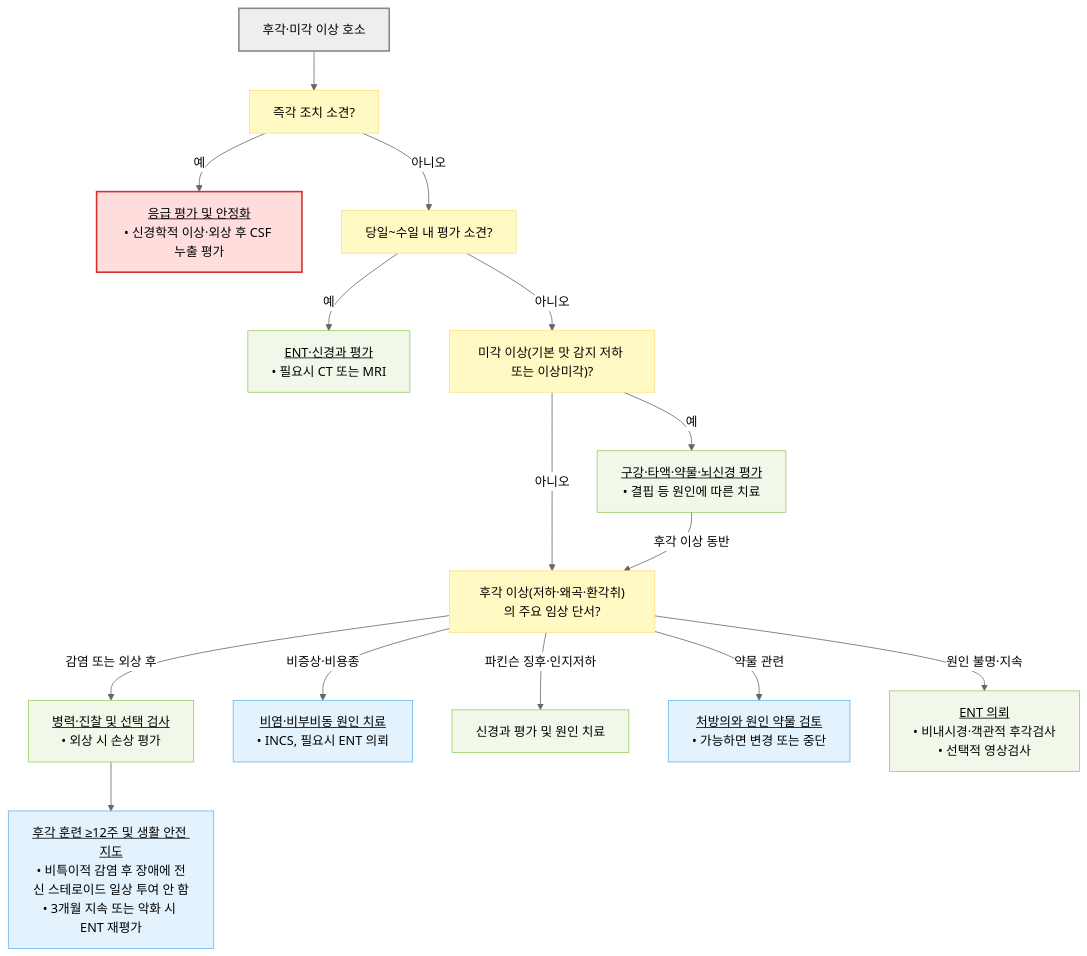
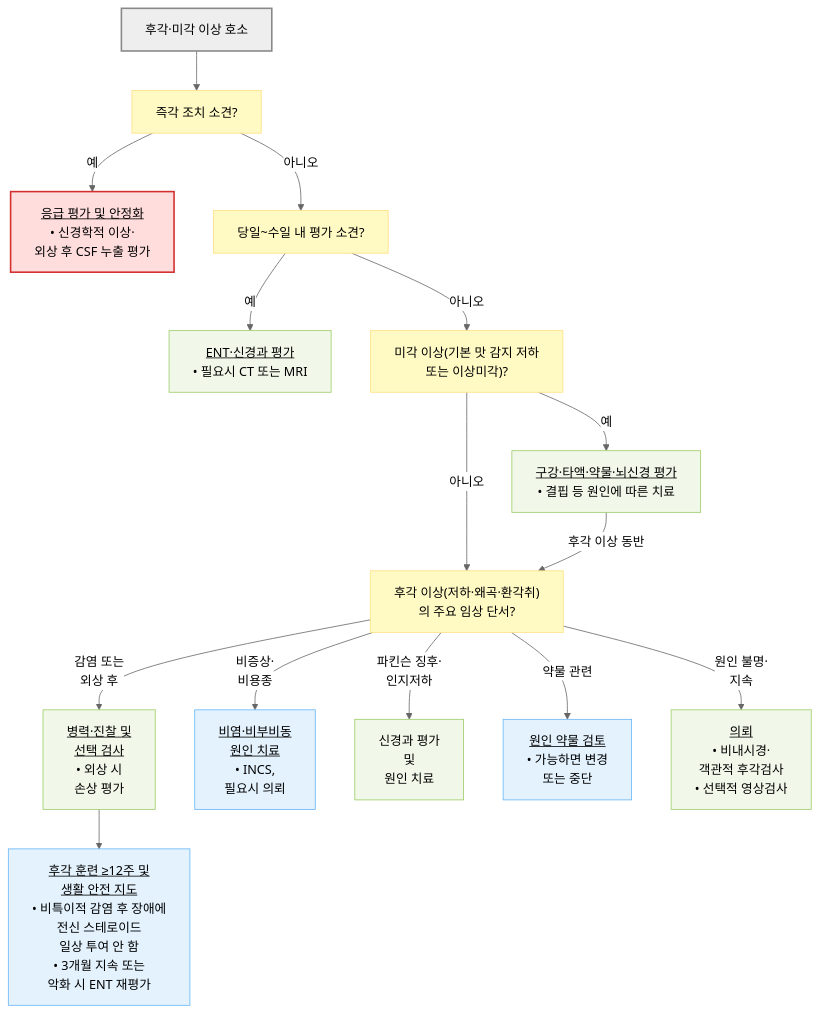
One commit to familyoh77/familyoh77 changed the diagram in 220_/005_-smell-taste-disorders.md. Above: the diagram before and after it, drawn with Mermaid (neutral theme). The commit also changed other lines of this file, not shown here.

````diff
--- a/220_/005_-smell-taste-disorders.md
+++ b/220_/005_-smell-taste-disorders.md
@@ -179,28 +205,27 @@
 ```mermaid
 flowchart TD
     A["후각·미각 이상 호소"] --> D["즉각 조치 소견?"]
-    D -- "예" --> E1["<u>응급 평가 및 안정화</u><br/>• 신경학적 이상·외상 후 CSF 누출 평가"]
+    D -- "예" --> E1["<u>응급 평가 및 안정화</u><br/>• 신경학적 이상·<br/>외상 후 CSF 누출 평가"]
     D -- "아니오" --> D2["당일~수일 내 평가 소견?"]
     D2 -- "예" --> E2["<u>ENT·신경과 평가</u><br/>• 필요시 CT 또는 MRI"]
-    D2 -- "아니오" --> B["미각 이상(기본 맛 감지 저하 또는 이상미각)?"]
+    D2 -- "아니오" --> B["미각 이상(기본 맛 감지 저하 <br/>또는 이상미각)?"]
     B -- "예" --> C["<u>구강·타액·약물·뇌신경 평가</u><br/>• 결핍 등 원인에 따른 치료"]
-    B -- "아니오" --> F["후각 이상(저하·왜곡·환각취)의 주요 임상 단서?"]
+    B -- "아니오" --> F["후각 이상(저하·왜곡·환각취)<br/>의 주요 임상 단서?"]
     C -- "후각 이상 동반" --> F
-    F -- "감염 또는 외상 후" --> K["<u>병력·진찰 및 선택 검사</u><br/>• 외상 시 손상 평가"]
-    F -- "비증상·비용종" --> L["<u>비염·비부비동 원인 치료</u><br/>• INCS, 필요시 ENT 의뢰"]
-    F -- "파킨슨 징후·인지저하" --> M["신경과 평가 및 원인 치료"]
-    F -- "약물 관련" --> P["<u>처방의와 원인 약물 검토</u><br/>• 가능하면 변경 또는 중단"]
-    F -- "원인 불명·지속" --> Q["<u>ENT 의뢰</u><br/>• 비내시경·객관적 후각검사<br/>• 선택적 영상검사"]
-    K --> N["<u>후각 훈련 ≥12주 및 생활 안전 지도</u><br/>• 비특이적 감염 후 장애에 전신 스테로이드 일상 투여 안 함<br/>• 3개월 지속 또는 악화 시 ENT 재평가"]
-
+    F -- "감염 또는 <br/>외상 후" --> K["<u>병력·진찰 및 <br/>선택 검사</u><br/>• 외상 시 <br/>손상 평가"]
+    F -- "비증상·<br/>비용종" --> L["<u>비염·비부비동 <br/>원인 치료</u><br/>• INCS, <br/>필요시 의뢰"]
+    F -- "파킨슨 징후·<br/>인지저하" --> M["신경과 평가 <br/>및 <br/>원인 치료"]
+    F -- "약물 관련" --> P["<u>원인 약물 검토</u><br/>• 가능하면 변경 <br/>또는 중단"]
+    F -- "원인 불명·<br/>지속" --> Q["<u>의뢰</u><br/>• 비내시경·<br/>객관적 후각검사<br/>• 선택적 영상검사"]
+    K --> N["<u>후각 훈련 ≥12주 및 <br/>생활 안전 지도</u><br/>• 비특이적 감염 후 장애에 <br/>전신 스테로이드 <br/>일상 투여 안 함<br/>• 3개월 지속 또는 <br/>악화 시 ENT 재평가"]
     classDef start fill:#eeeeee,stroke:#888888,stroke-width:2px
     classDef question fill:#fff9c4,stroke:#ffe082
     classDef emergency fill:#ffdddd,stroke:#d32f2f,stroke-width:2px
     classDef evaluation fill:#f1f8e9,stroke:#9ccc65
     classDef treatment fill:#e3f2fd,stroke:#64b5f6
     class A start
     class D,D2,B,F question
     class E1 emergency
     class E2,C,K,M,Q evaluation
     class L,P,N treatment
 ```
````
